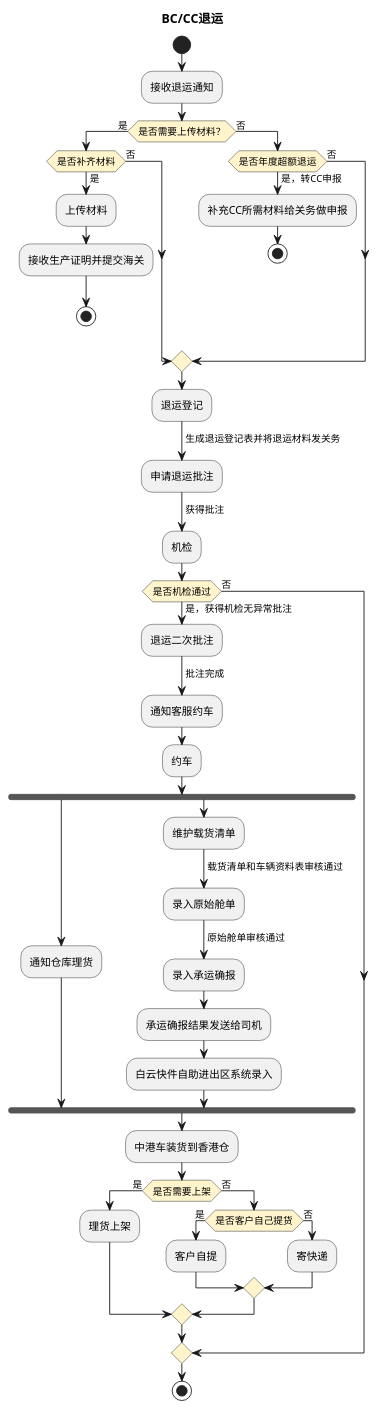
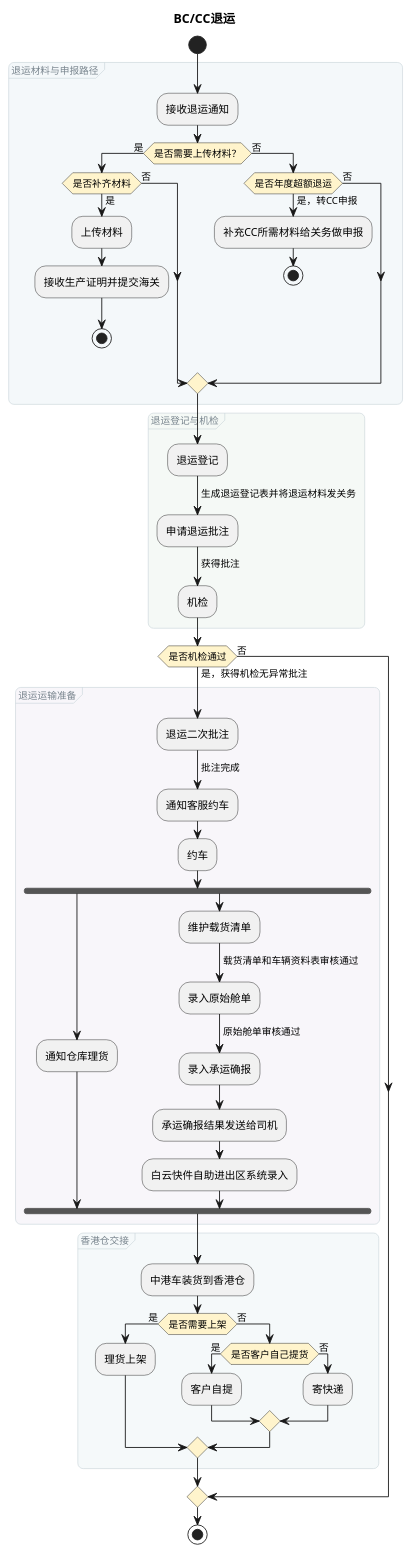
One commit to jack888332/projects-doc changed the fifth of 6 diagrams in product-caliber/goldjet/segmented-prd/mainflow/PRD.高捷物流系统一期.主流程.05.跨境电商BC、个人物品CC进口详细流程.md. Above: the diagram before and after it, drawn with PlantUML. The commit also changed other lines of this file and 16 other files, not shown here.

Commit message:
给DSL图分组

````diff
--- a/product-caliber/goldjet/segmented-prd/mainflow/PRD.高捷物流系统一期.主流程.05.跨境电商BC、个人物品CC进口详细流程.md
+++ b/product-caliber/goldjet/segmented-prd/mainflow/PRD.高捷物流系统一期.主流程.05.跨境电商BC、个人物品CC进口详细流程.md
@@ -185,56 +255,76 @@
 ```plantuml
 @startuml
 skinparam activityDiamondBackgroundColor #FFF4CC
+<style>
+activityDiagram {
+  group {
+    LineColor #CAD5DA
+    LineThickness 0.7
+    RoundCorner 12
+    FontColor #78848D
+    FontSize 11
+    FontStyle plain
+  }
+}
+</style>
 title BC/CC退运
 start
+group 退运材料与申报路径 #F4F8FA {
 :接收退运通知;
 if (是否需要上传材料？) then (是)
   if (是否补齐材料) then (是)
     :上传材料;
     :接收生产证明并提交海关;
     stop
   else (否)
   endif
 else (否)
   if (是否年度超额退运) then (是，转CC申报)
     :补充CC所需材料给关务做申报;
     stop
   else (否)
   endif
 endif
+}
+group 退运登记与机检 #F5F9F6 {
 :退运登记;
 -> 生成退运登记表并将退运材料发关务;
 :申请退运批注;
 -> 获得批注;
 :机检;
+}
 if (是否机检通过) then (是，获得机检无异常批注)
+group 退运运输准备 #F8F6FA {
   :退运二次批注;
   -> 批注完成;
   :通知客服约车;
   :约车;
   fork
     :通知仓库理货;
   fork again
     :维护载货清单;
     -> 载货清单和车辆资料表审核通过;
     :录入原始舱单;
     -> 原始舱单审核通过;
     :录入承运确报;
     :承运确报结果发送给司机;
     :白云快件自助进出区系统录入;
   end fork
+}
+group 香港仓交接 #F5F9FA {
   :中港车装货到香港仓;
   if (是否需要上架) then (是)
     :理货上架;
   else (否)
     if (是否客户自己提货) then (是)
       :客户自提;
     else (否)
       :寄快递;
     endif
   endif
+}
 else (否)
 endif
 stop
 @enduml
 ```
````
